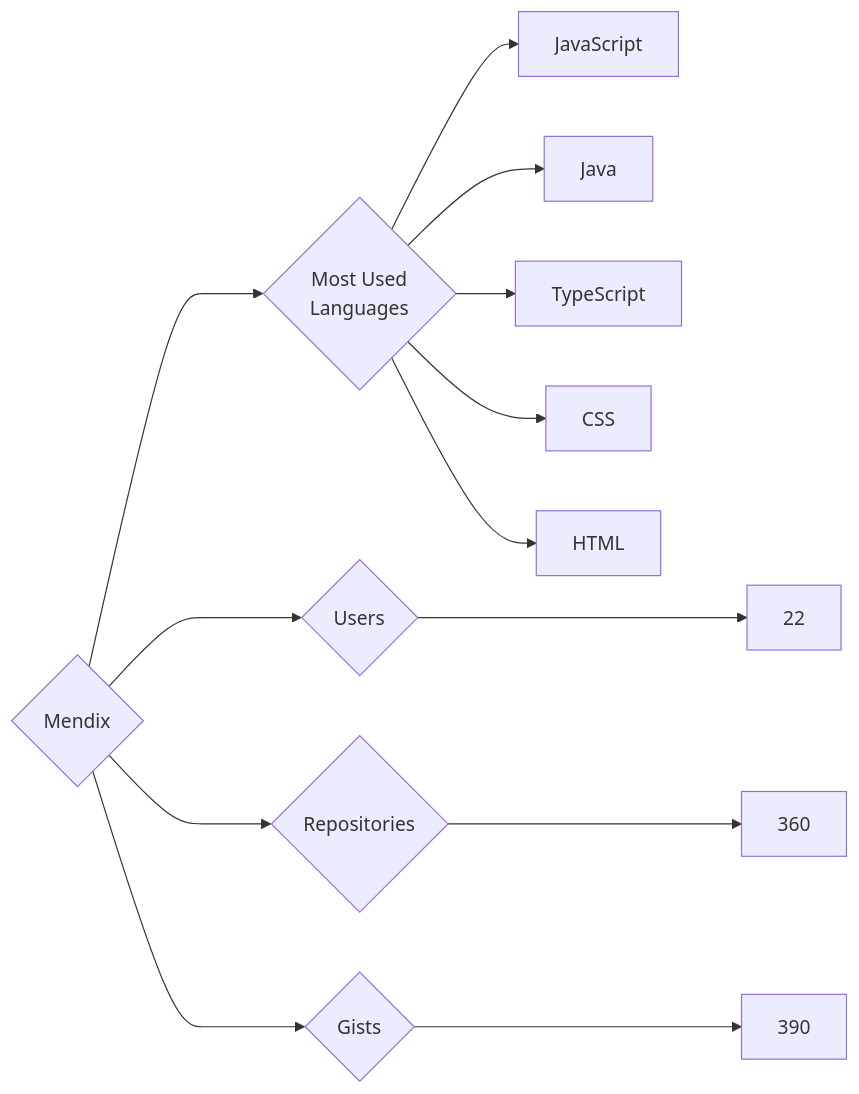
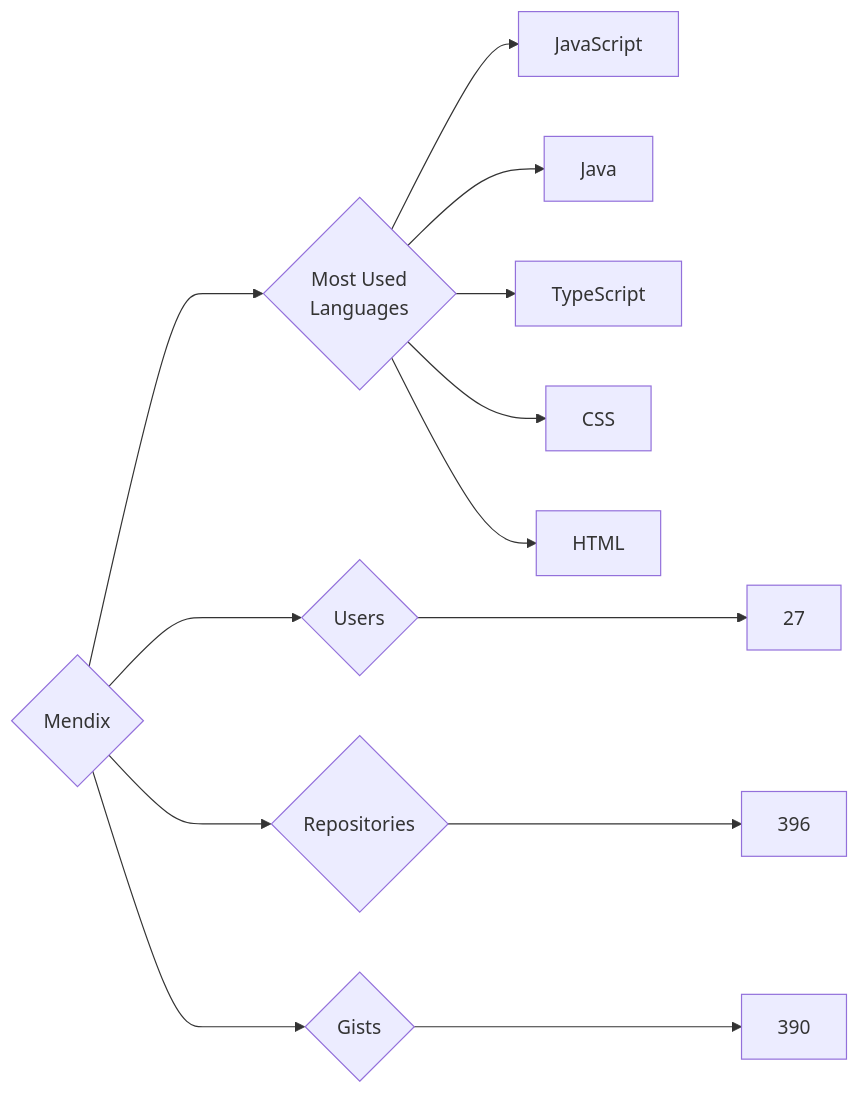
Before and after one commit to trickest/insiders: the diagram in targets/Mendix/README.md, drawn with Mermaid. The commit also changed 895 other files, not shown here.

````diff
--- a/targets/Mendix/README.md
+++ b/targets/Mendix/README.md
@@ -3,13 +3,13 @@
 ```mermaid
 graph LR
 COMPANY_NAME{Mendix}
-COMPANY_NAME ---> U{Users} ---> UN[22]
-COMPANY_NAME ---> R{Repositories} ---> RN[360]
+COMPANY_NAME ---> U{Users} ---> UN[27]
+COMPANY_NAME ---> R{Repositories} ---> RN[396]
 COMPANY_NAME ---> G{Gists} ---> GN[390]
 COMPANY_NAME ---> ML{Most Used<br>Languages}
 ML --> JavaScript[JavaScript]
 ML --> Java[Java]
 ML --> TypeScript[TypeScript]
 ML --> CSS[CSS]
 ML --> HTML[HTML]
 ```
````
